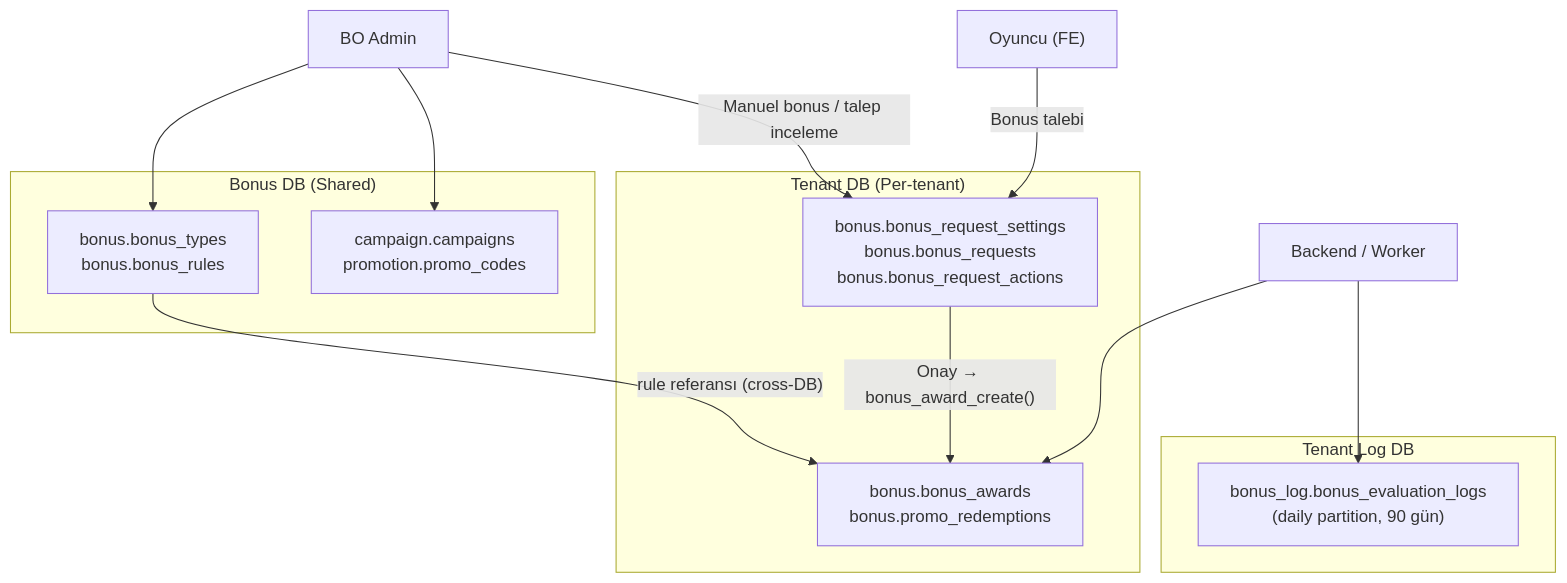
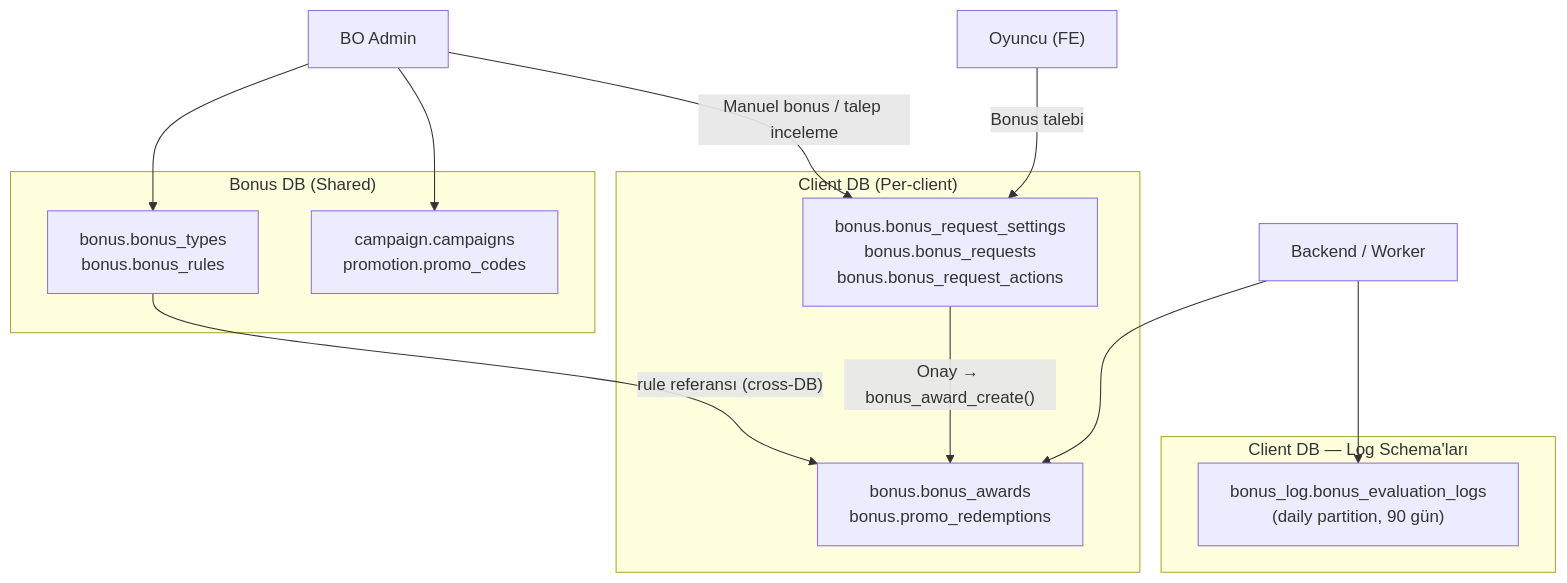
The first of 2 diagrams in .docs/guides/BONUS_ENGINE_GUIDE.md (frhtshn/One.DB), drawn with Mermaid before and after one commit. The commit also changed other lines of this file and 442 other files, not shown here.

First line of the commit message:
Nucleo → Sortis One ve tenant → client içerik güncellemeleri

````diff
--- a/.docs/guides/BONUS_ENGINE_GUIDE.md
+++ b/.docs/guides/BONUS_ENGINE_GUIDE.md
@@ -13,22 +13,22 @@
 ```mermaid
 flowchart TD
     subgraph bonus["Bonus DB (Shared)"]
         B1["bonus.bonus_types<br/>bonus.bonus_rules"]
         B2["campaign.campaigns<br/>promotion.promo_codes"]
     end
-    subgraph tenant["Tenant DB (Per-tenant)"]
+    subgraph client["Client DB (Per-client)"]
         T1["bonus.bonus_awards<br/>bonus.promo_redemptions"]
         T2["bonus.bonus_request_settings<br/>bonus.bonus_requests<br/>bonus.bonus_request_actions"]
     end
-    subgraph tenant_log["Tenant Log DB"]
+    subgraph client_log["Client DB — Log Schema'ları"]
         L1["bonus_log.bonus_evaluation_logs<br/>(daily partition, 90 gün)"]
     end
     BO["BO Admin"] --> B1
     BO --> B2
     BO -- "Manuel bonus / talep inceleme" --> T2
     Player["Oyuncu (FE)"] -- "Bonus talebi" --> T2
     B1 -- "rule referansı (cross-DB)" --> T1
     T2 -- "Onay → bonus_award_create()" --> T1
     W["Backend / Worker"] --> T1
     W --> L1
 ```
````
